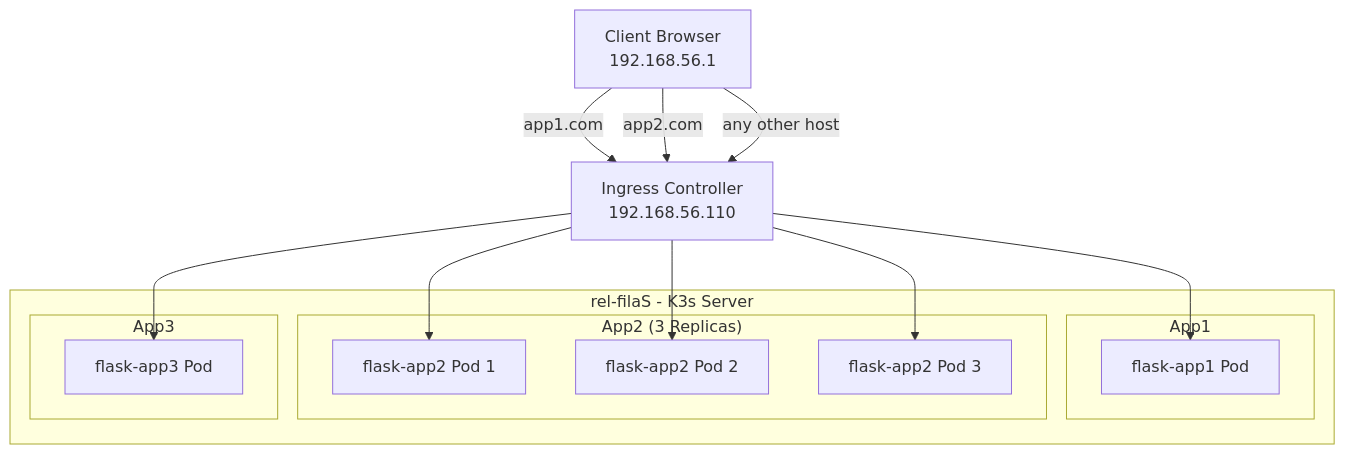
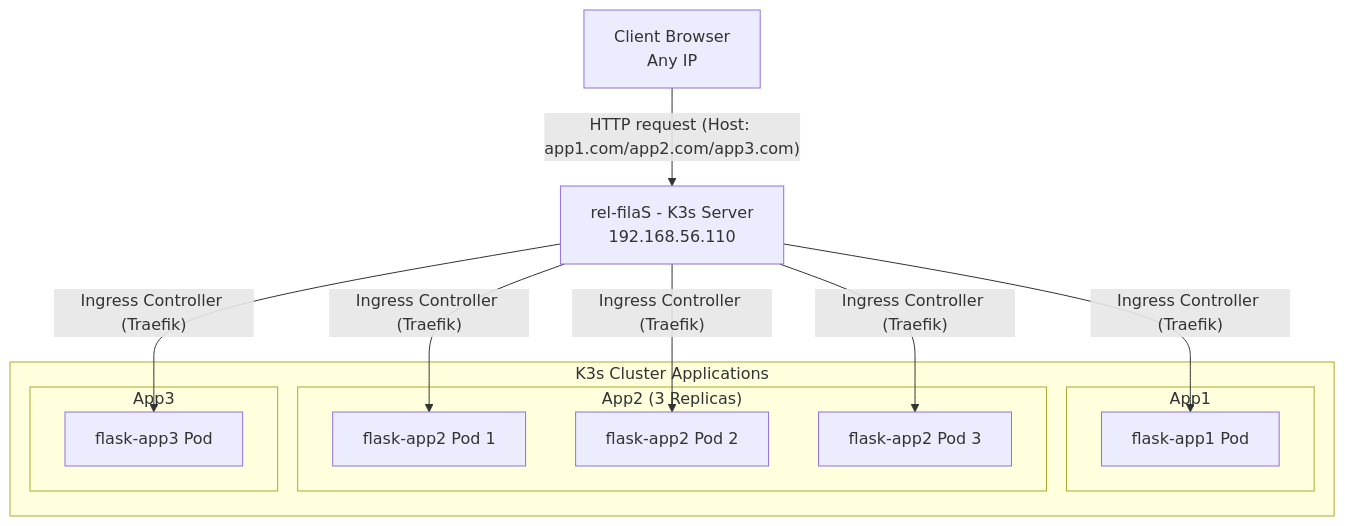
One commit to RIDWANE-EL-FILALI/Inception-Of-Things changed the fourth of 4 diagrams in p1/README.md. Above: the diagram before and after it, drawn with Mermaid. The commit also changed other lines of this file and 33 other files, not shown here.

````diff
--- a/p1/README.md
+++ b/p1/README.md
@@ -280,34 +280,29 @@
 ```mermaid
 flowchart TD
-    Client[Client Browser<br>192.168.56.1]
-    Ingress[Ingress Controller<br>192.168.56.110]
+    Client[Client Browser<br>Any IP]
+    MasterNode["rel-filaS - K3s Server<br>192.168.56.110"]
 
-    subgraph K3s["rel-filaS - K3s Server"]
+    subgraph K3sApps["K3s Cluster Applications"]
         subgraph App1[App1]
             A1[flask-app1 Pod]
         end
 
         subgraph App2["App2 (3 Replicas)"]
             A2[flask-app2 Pod 1]
             A3[flask-app2 Pod 2]
             A4[flask-app2 Pod 3]
         end
 
         subgraph App3[App3]
             A5[flask-app3 Pod]
         end
     end
 
-    %% Routing rules
-    Client -->|app1.com| Ingress
-    Ingress --> A1
-
-    Client -->|app2.com| Ingress
-    Ingress --> A2
-    Ingress --> A3
-    Ingress --> A4
-
-    Client -->|any other host| Ingress
-    Ingress --> A5
-
+    %% Connections
+    Client -->|"HTTP request (Host: app1.com/app2.com/app3.com)"| MasterNode
+    MasterNode -->|"Ingress Controller (Traefik)"| A1
+    MasterNode -->|"Ingress Controller (Traefik)"| A2
+    MasterNode -->|"Ingress Controller (Traefik)"| A3
+    MasterNode -->|"Ingress Controller (Traefik)"| A4
+    MasterNode -->|"Ingress Controller (Traefik)"| A5
 ```
````
